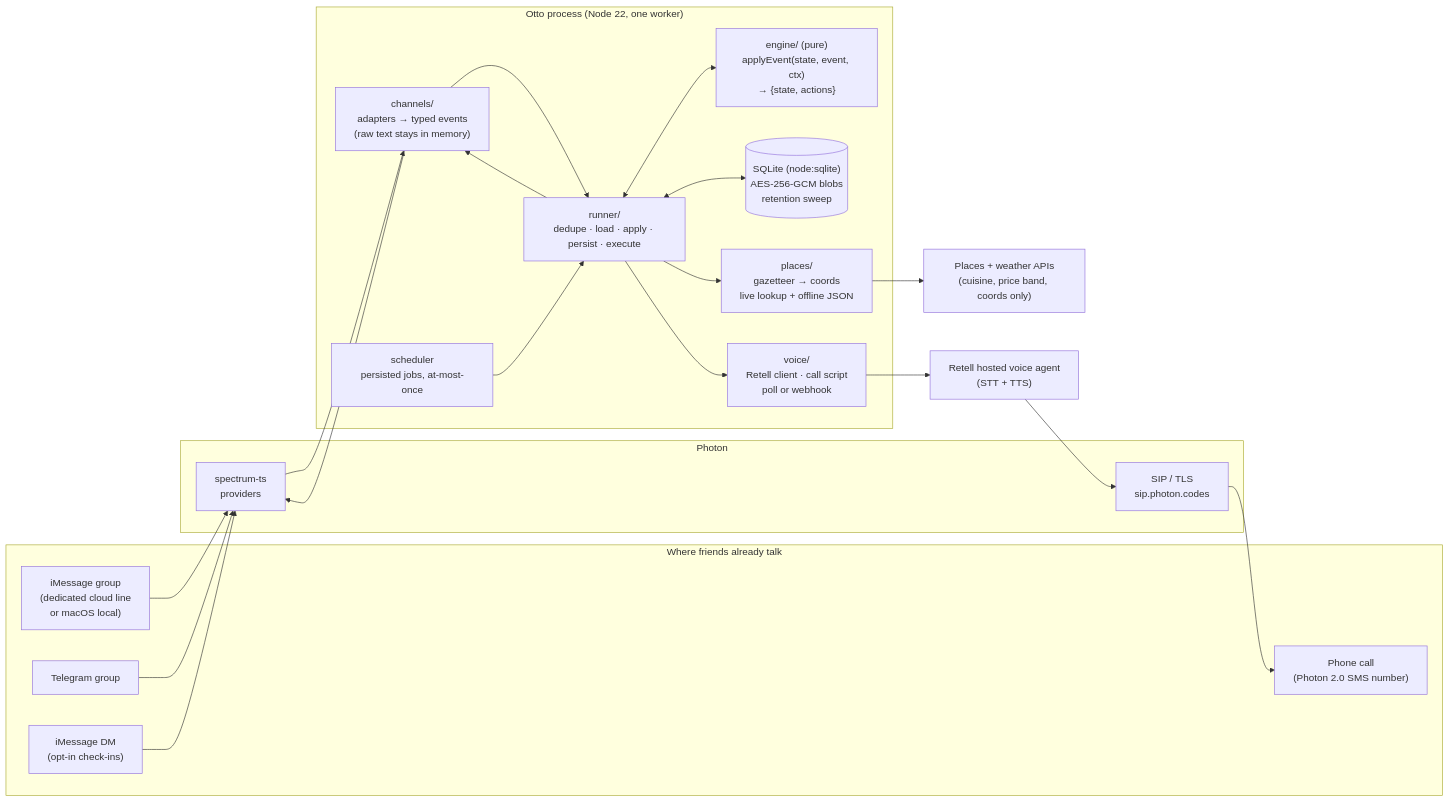
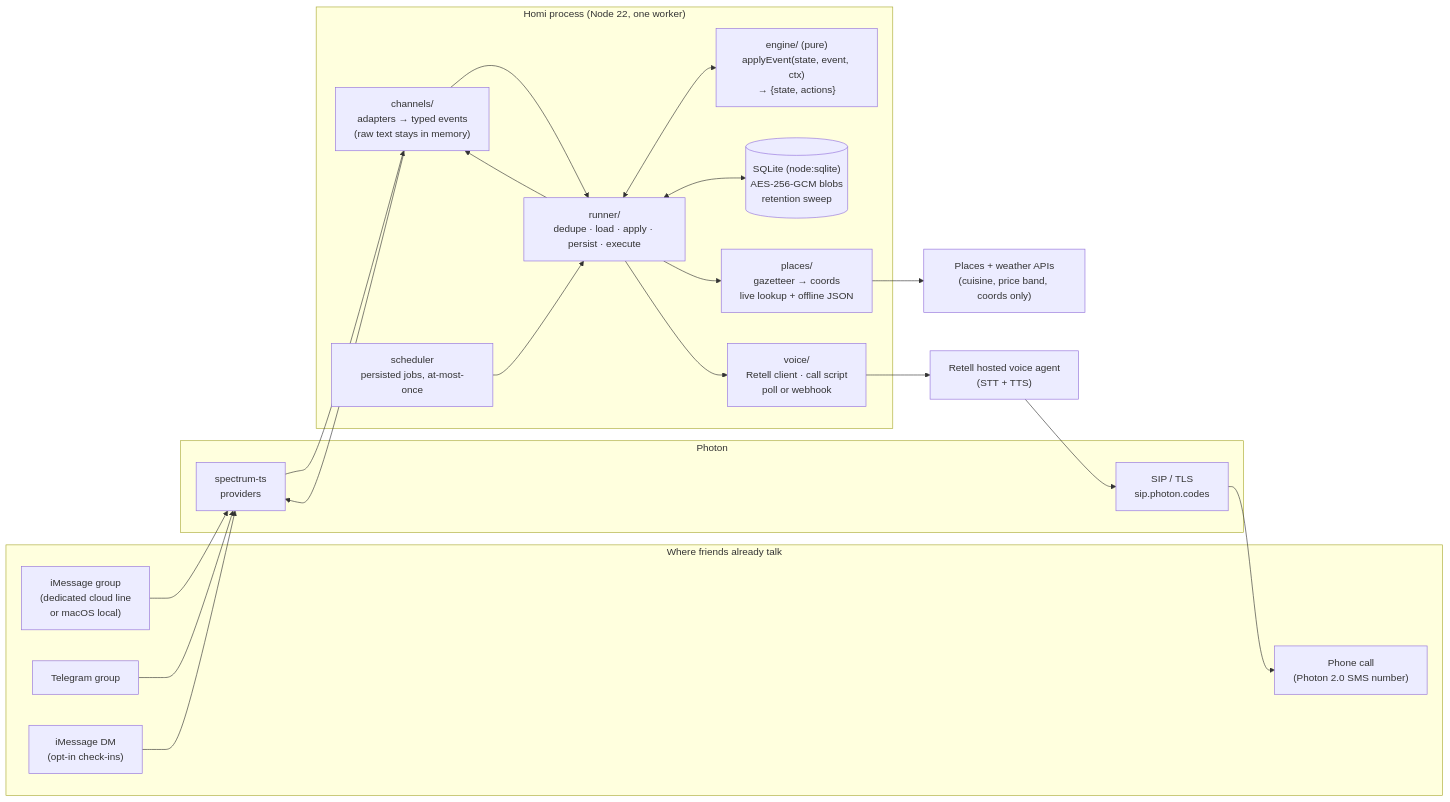
Before and after one commit to ehabda05/wtw: the diagram in docs/ARCHITECTURE.md, drawn with Mermaid. The commit also changed other lines of this file and 263 other files, not shown here.

````diff
--- a/docs/ARCHITECTURE.md
+++ b/docs/ARCHITECTURE.md
@@ -3,35 +3,35 @@
 ```mermaid
 flowchart LR
   subgraph Chats["Where friends already talk"]
     IM["iMessage group<br/>(dedicated cloud line<br/>or macOS local)"]
     TG["Telegram group"]
     DM["iMessage DM<br/>(opt-in check-ins)"]
     PH["Phone call<br/>(Photon 2.0 SMS number)"]
   end
 
   subgraph Photon["Photon"]
     SP["spectrum-ts<br/>providers"]
     SIP["SIP / TLS<br/>sip.photon.codes"]
   end
 
-  subgraph Otto["Otto process (Node 22, one worker)"]
+  subgraph Homi["Homi process (Node 22, one worker)"]
     AD["channels/<br/>adapters → typed events<br/>(raw text stays in memory)"]
     RN["runner/<br/>dedupe · load · apply · persist · execute"]
     EN["engine/ (pure)<br/>applyEvent(state, event, ctx)<br/>→ {state, actions}"]
     SC["scheduler<br/>persisted jobs, at-most-once"]
     ST[("SQLite (node:sqlite)<br/>AES-256-GCM blobs<br/>retention sweep")]
     PL["places/<br/>gazetteer → coords<br/>live lookup + offline JSON"]
     VO["voice/<br/>Retell client · call script<br/>poll or webhook"]
   end
 
   RET["Retell hosted voice agent<br/>(STT + TTS)"]
   PAPI["Places + weather APIs<br/>(cuisine, price band, coords only)"]
 
   IM & TG & DM --> SP --> AD --> RN
   RN <--> EN
   RN <--> ST
   SC --> RN
   RN --> PL --> PAPI
   RN --> VO --> RET --> SIP --> PH
   RN --> AD --> SP
 ```
````
